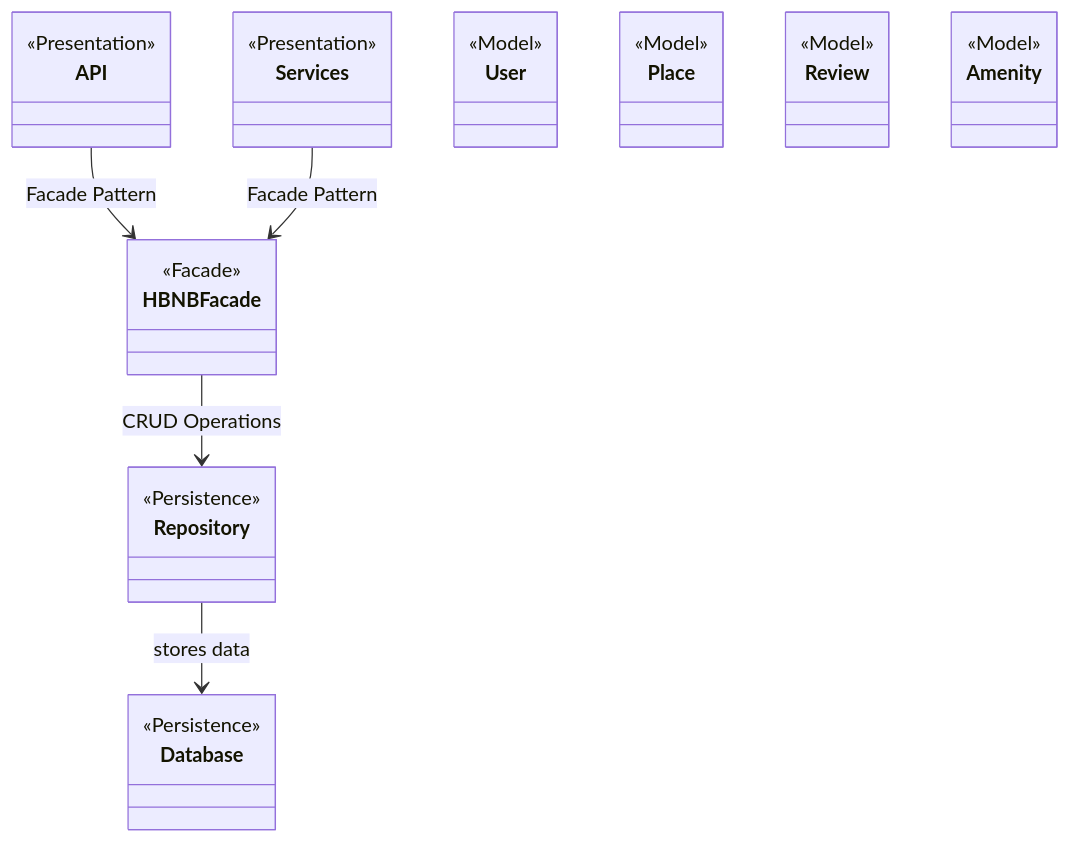
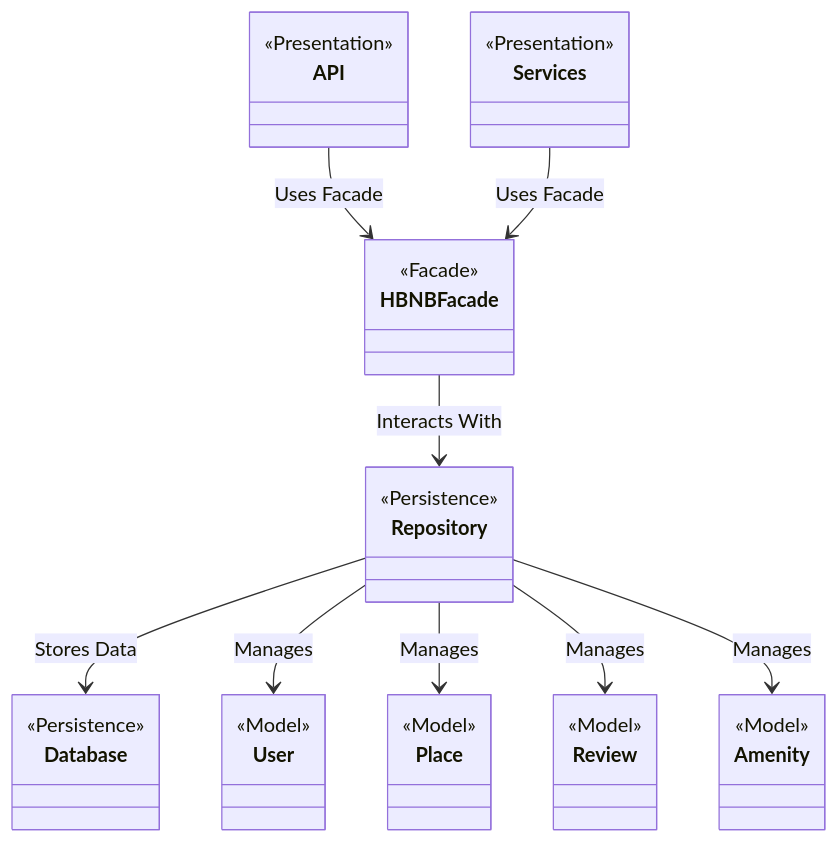
One commit to oDoDyK/holbertonschool-hbnb changed the first of 6 diagrams in part1/Documentation Compilation.md. Above: the diagram before and after it, drawn with Mermaid. The commit also changed other lines of this file, not shown here.

````diff
--- a/part1/Documentation Compilation.md
+++ b/part1/Documentation Compilation.md
@@ -39,20 +66,40 @@
-``` mermaid
+```mermaid
 classDiagram
+    %% =======================
+    %% Presentation Layer
+    %% =======================
     class API {
         <<Presentation>>
+        %% Handles user requests via endpoints
     }
     class Services {
         <<Presentation>>
+        %% Provides service logic for API
     }
+
+    %% =======================
+    %% Business Logic Layer
+    %% =======================
     class HBNBFacade {
         <<Facade>>
+        %% Unified interface to interact with models
     }
+
+    %% =======================
+    %% Persistence Layer
+    %% =======================
     class Repository {
         <<Persistence>>
+        %% Manages data operations for models
     }
     class Database {
         <<Persistence>>
+        %% Stores application data
     }
+
+    %% =======================
+    %% Models
+    %% =======================
     class User {
         <<Model>>
     }
@@ -66,11 +113,76 @@
         <<Model>>
     }
 
-    API --> HBNBFacade : Facade Pattern
-    Services --> HBNBFacade : Facade Pattern
-    HBNBFacade --> Repository : CRUD Operations
-    Repository --> Database : stores data
+    %% =======================
+    %% Relationships
+    %% =======================
+    API --> HBNBFacade : Uses Facade
+    Services --> HBNBFacade : Uses Facade
+    HBNBFacade --> Repository : Interacts With
+    Repository --> Database : Stores Data
 
-    %% Standalone model classes
-    %% (No direct relationships but included for completeness)
+    %% Models connected to Repository
+    Repository --> User : Manages
+    Repository --> Place : Manages
+    Repository --> Review : Manages
+    Repository --> Amenity : Manages
+
+```mermaid
+classDiagram
+    %% =======================
+    %% Presentation Layer
+    %% =======================
+    class API {
+        <<Presentation>>
+        %% Handles user requests via endpoints
+    }
+    class Services {
+        <<Presentation>>
+        %% Provides service logic for API
+    }
+
+    %% =======================
+    %% Business Logic Layer
+    %% =======================
+    class HBNBFacade {
+        <<Facade>>
+        %% Unified interface to interact with models
+    }
+
+    %% =======================
+    %% Persistence Layer
+    %% =======================
+    class Repository {
+        <<Persistence>>
+        %% Manages data operations
+    }
+    class Database {
+        <<Persistence>>
+        %% Stores application data
+    }
+
+    %% =======================
+    %% Models
+    %% =======================
+    class User {
+        <<Model>>
+    }
+    class Place {
+        <<Model>>
+    }
+    class Review {
+        <<Model>>
+    }
+    class Amenity {
+        <<Model>>
+    }
+
+    %% =======================
+    %% Relationships
+    %% =======================
+    API --> HBNBFacade : Uses Facade
+    Services --> HBNBFacade : Uses Facade
+    HBNBFacade --> Repository : Interacts With
+    Repository --> Database : Stores Data
+
 ```
````
